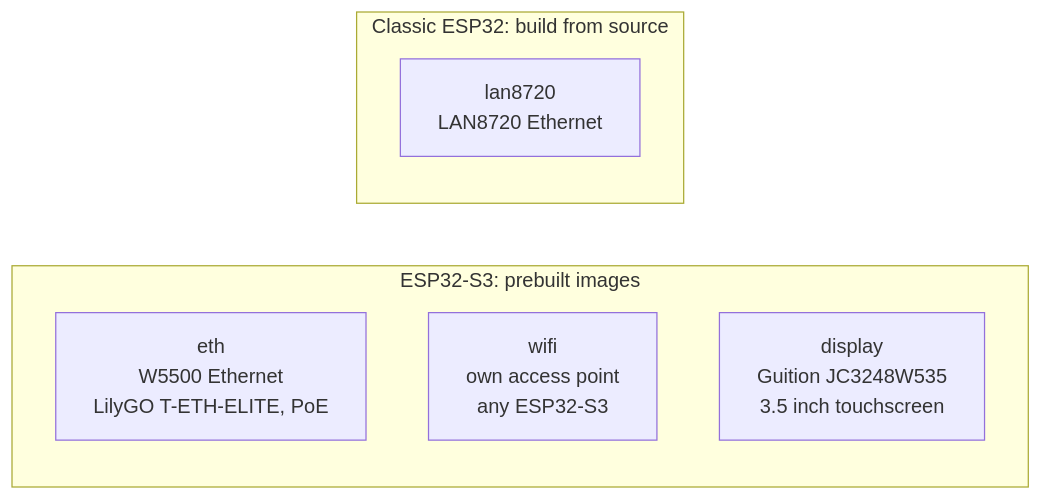
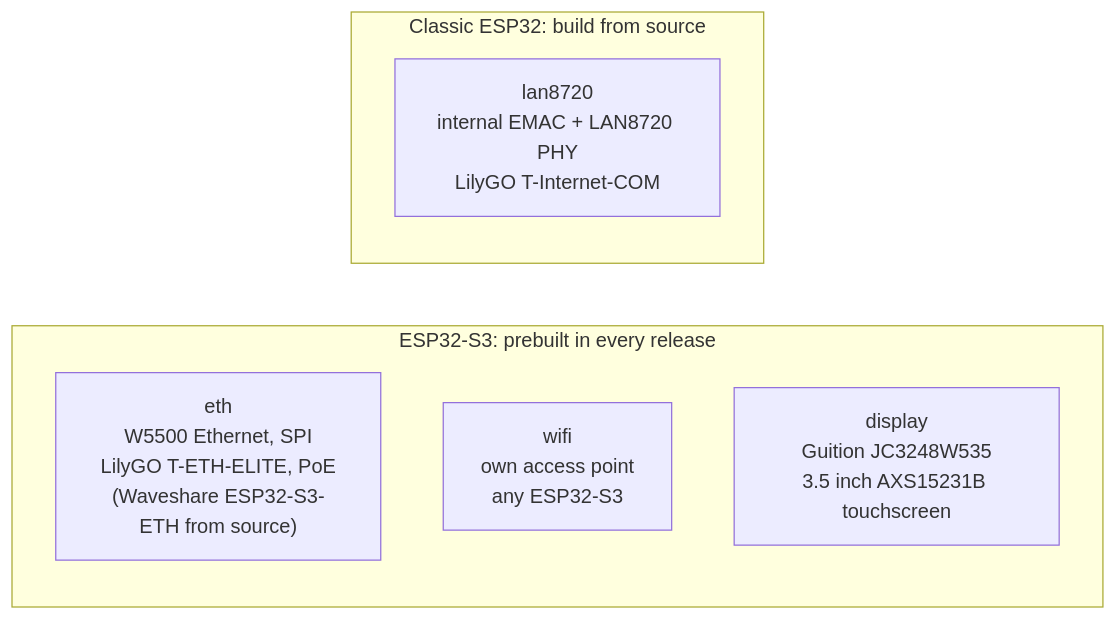
Before and after one commit to GlomarGadaffi/pocket-dial: the sixth of 7 diagrams in README.md, drawn with Mermaid. The commit also changed other lines of this file and 29 other files, not shown here.

First line of the commit message:
docs: make the Mermaid diagrams exact against main (#1105)

````diff
--- a/README.md
+++ b/README.md
@@ -122,11 +198,11 @@
 ```mermaid
 flowchart LR
-    subgraph S3["ESP32-S3: prebuilt images"]
-        ETH["eth<br/>W5500 Ethernet<br/>LilyGO T-ETH-ELITE, PoE"]
+    subgraph S3["ESP32-S3: prebuilt in every release"]
+        ETH["eth<br/>W5500 Ethernet, SPI<br/>LilyGO T-ETH-ELITE, PoE<br/>(Waveshare ESP32-S3-ETH from source)"]
         WIFI["wifi<br/>own access point<br/>any ESP32-S3"]
-        DISP["display<br/>Guition JC3248W535<br/>3.5 inch touchscreen"]
+        DISP["display<br/>Guition JC3248W535<br/>3.5 inch AXS15231B touchscreen"]
     end
     subgraph E32["Classic ESP32: build from source"]
-        LAN["lan8720<br/>LAN8720 Ethernet"]
+        LAN["lan8720<br/>internal EMAC + LAN8720 PHY<br/>LilyGO T-Internet-COM"]
     end
 ```
````
